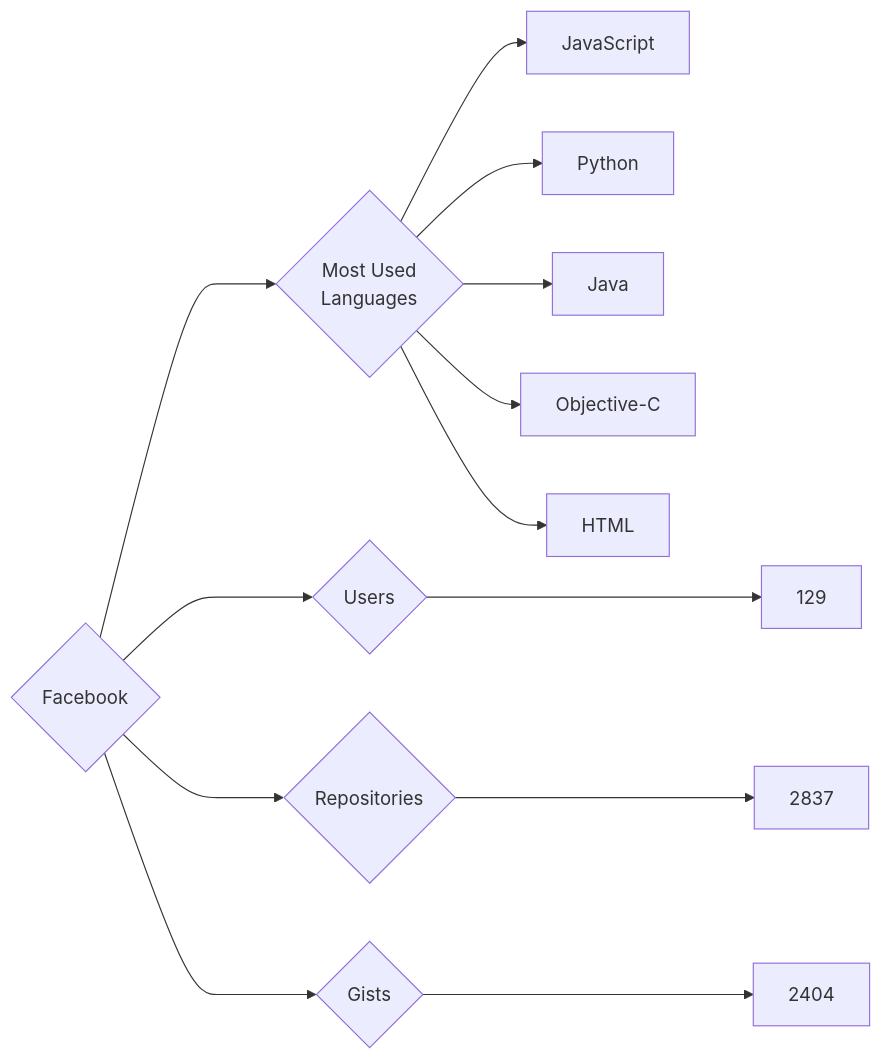
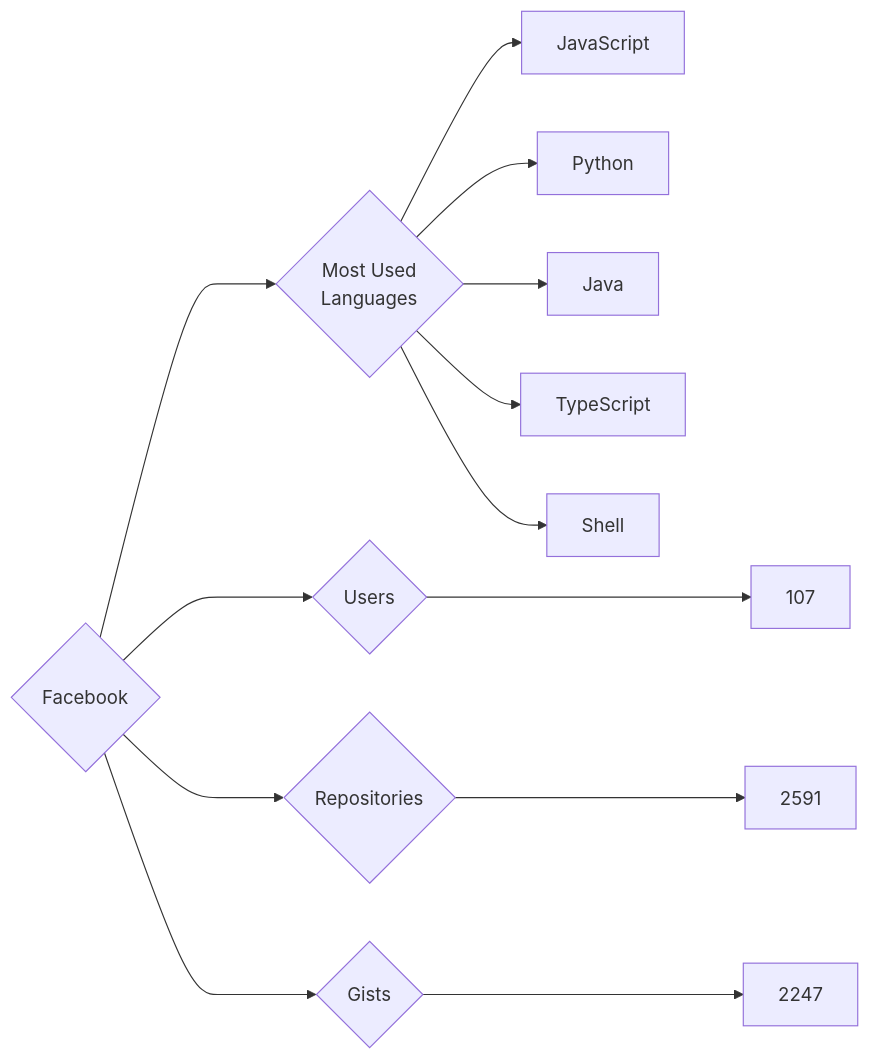
One commit to trickest/insiders changed the diagram in targets/Facebook/README.md. Above: the diagram before and after it, drawn with Mermaid. The commit also changed 682 other files, not shown here.

````diff
--- a/targets/Facebook/README.md
+++ b/targets/Facebook/README.md
@@ -3,13 +3,13 @@
 ```mermaid
 graph LR
 COMPANY_NAME{Facebook}
-COMPANY_NAME ---> U{Users} ---> UN[129]
-COMPANY_NAME ---> R{Repositories} ---> RN[2837]
-COMPANY_NAME ---> G{Gists} ---> GN[2404]
+COMPANY_NAME ---> U{Users} ---> UN[107]
+COMPANY_NAME ---> R{Repositories} ---> RN[2591]
+COMPANY_NAME ---> G{Gists} ---> GN[2247]
 COMPANY_NAME ---> ML{Most Used<br>Languages}
 ML --> JavaScript[JavaScript]
 ML --> Python[Python]
 ML --> Java[Java]
-ML --> Objective-C[Objective-C]
-ML --> HTML[HTML]
+ML --> TypeScript[TypeScript]
+ML --> Shell[Shell]
 ```
````
